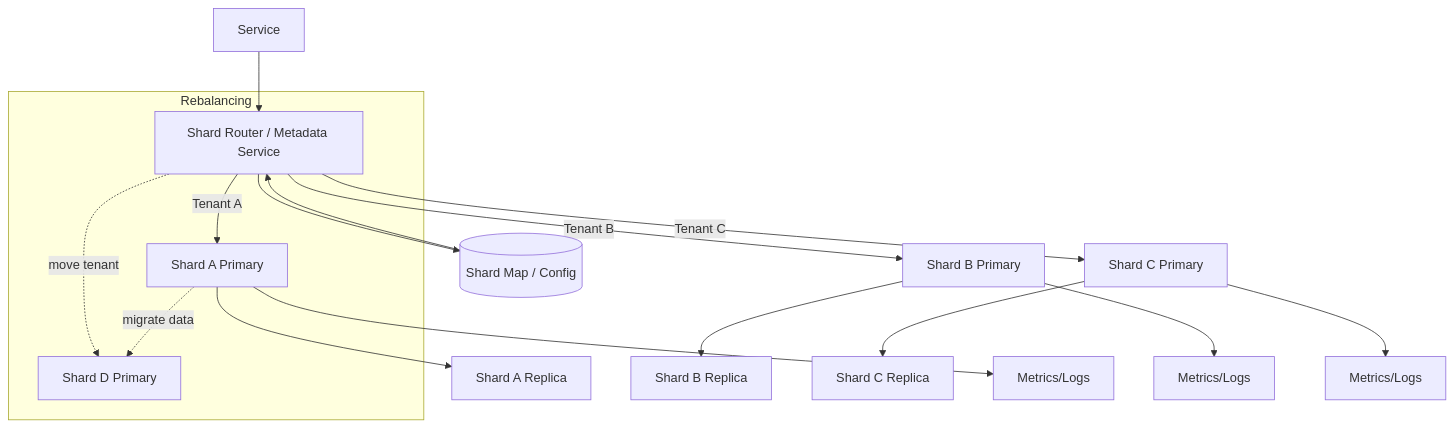
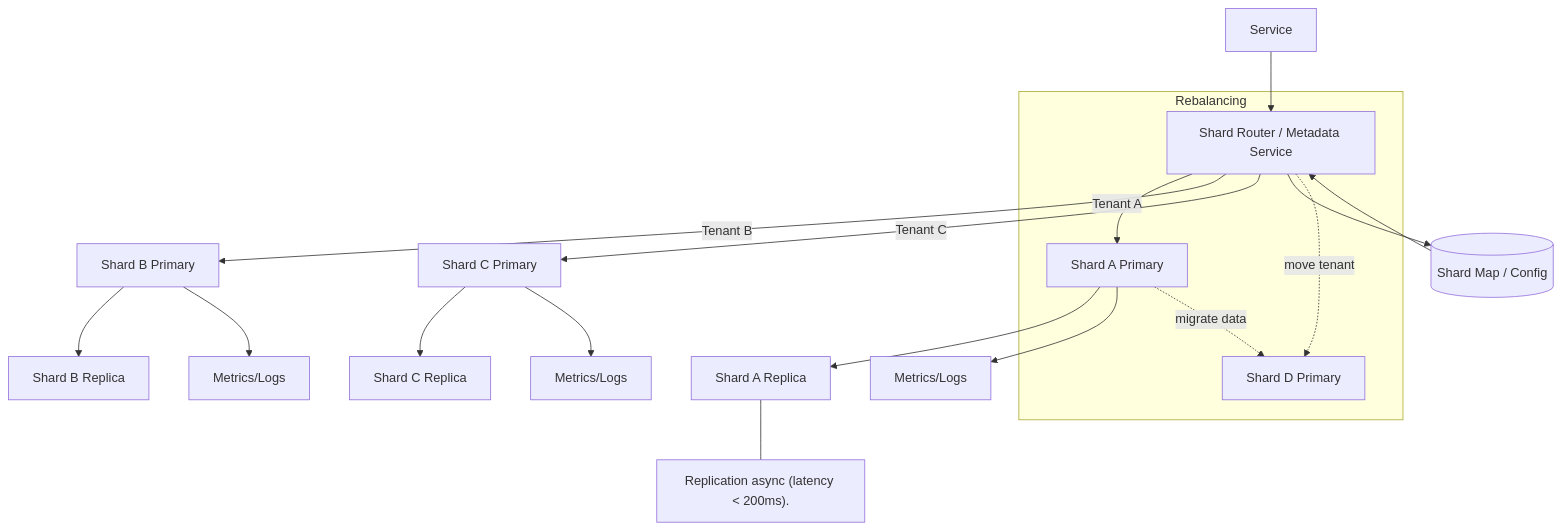
One commit to 1st/interview changed the diagram in 07. System Design/diagrams/data_sharding_map.md. Above: the diagram before and after it, drawn with Mermaid. The commit also changed other lines of this file and 9 other files, not shown here.

Commit message:
Updated diagrams

````diff
--- a/07. System Design/diagrams/data_sharding_map.md
+++ b/07. System Design/diagrams/data_sharding_map.md
@@ -3,24 +3,24 @@
 ```mermaid
 graph TD
     Client[Service] --> Router[Shard Router / Metadata Service]
     Router -->|Tenant A| ShardAPrimary[Shard A Primary]
     Router -->|Tenant B| ShardBPrimary[Shard B Primary]
     Router -->|Tenant C| ShardCPrimary[Shard C Primary]
 
-    ShardAPrimary --> ShardAReplica[Shard A Replica]
+    ShardAPrimary --> ShardAReplica[Shard A Replica] --- Note["Replication async (latency < 200ms)."]
     ShardBPrimary --> ShardBReplica[Shard B Replica]
     ShardCPrimary --> ShardCReplica[Shard C Replica]
 
     ShardAPrimary --> MonitoringA[Metrics/Logs]
     ShardBPrimary --> MonitoringB[Metrics/Logs]
     ShardCPrimary --> MonitoringC[Metrics/Logs]
 
     Router --> Metadata[(Shard Map / Config)]
     Metadata --> Router
 
     subgraph Rebalancing
         NewShard[Shard D Primary]
         Router -. move tenant .-> NewShard
         ShardAPrimary -. migrate data .-> NewShard
     end
 ```
````
